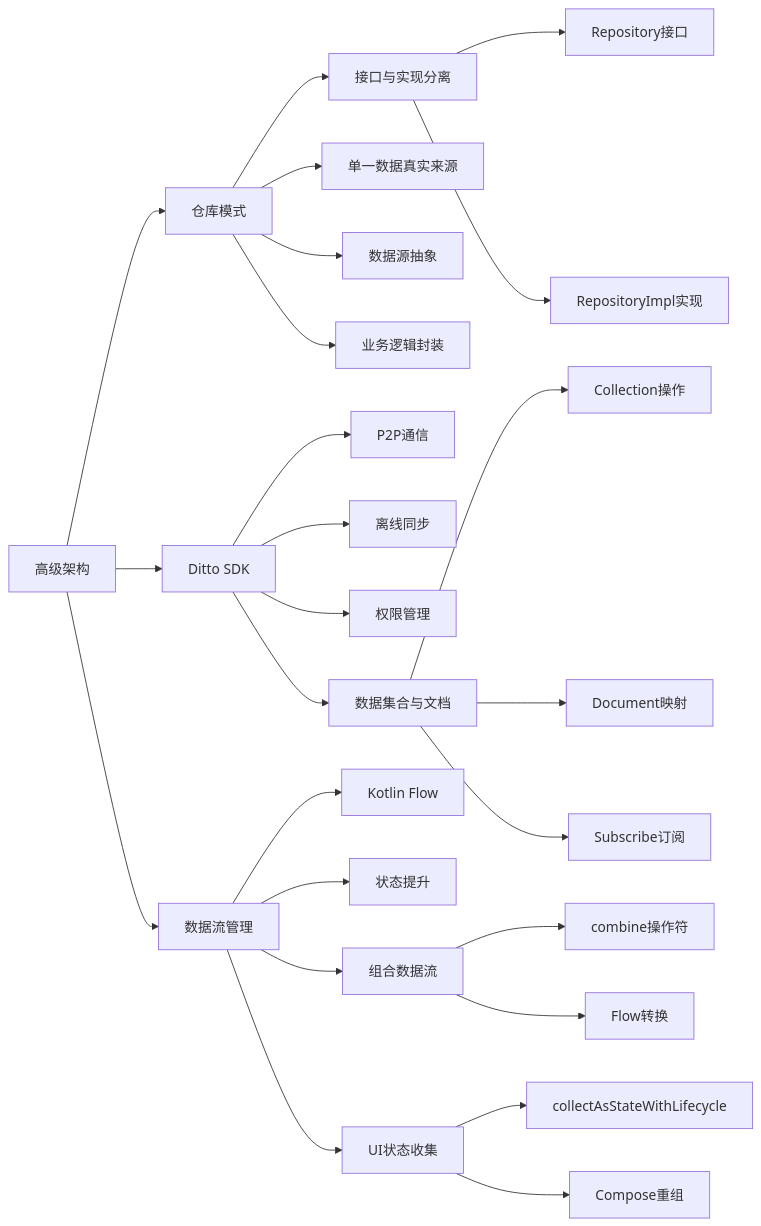
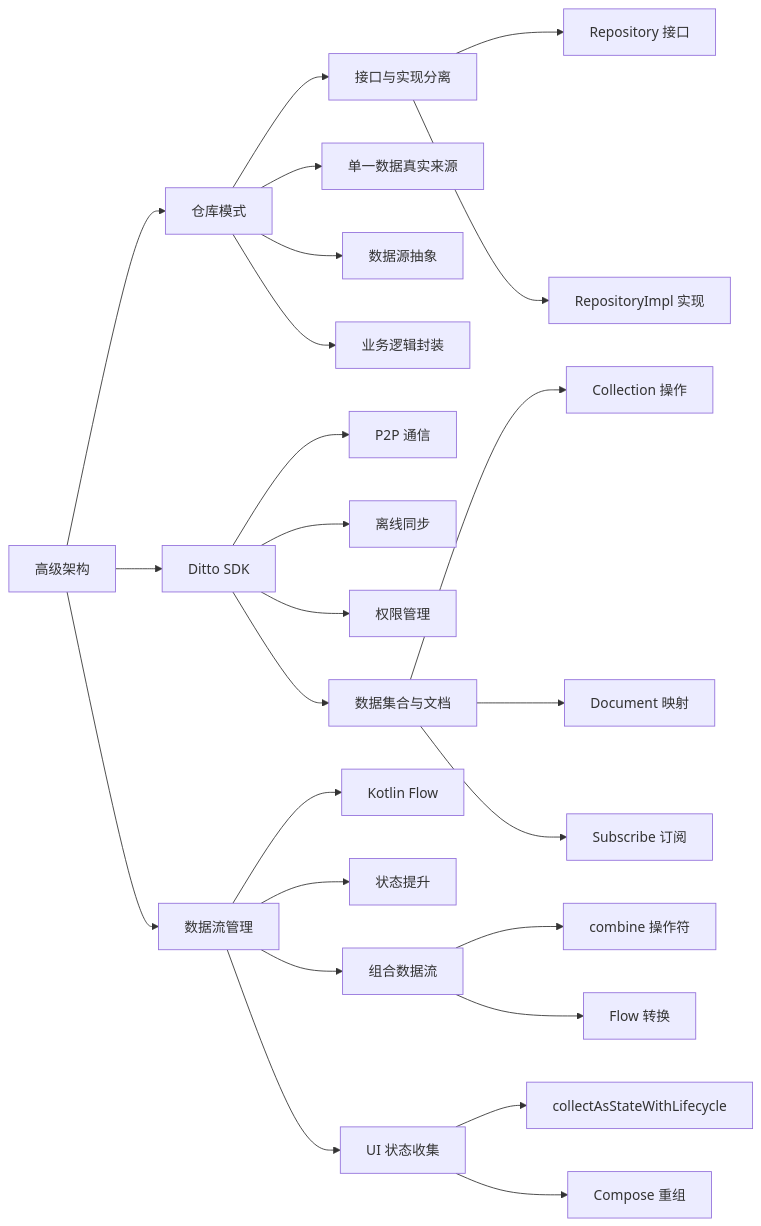
Before and after one commit to hyh19/aaf-materials: the diagram in 07-advanced-architecture/docs/07-advanced-architecture.summary.md, drawn with Mermaid. The commit also changed 1 other file, not shown here.

````diff
--- a/07-advanced-architecture/docs/07-advanced-architecture.summary.md
+++ b/07-advanced-architecture/docs/07-advanced-architecture.summary.md
@@ -85,34 +85,34 @@
 ```mermaid
 flowchart LR
     A["高级架构"] --> B["仓库模式"]
     A --> C["Ditto SDK"]
     A --> D["数据流管理"]
     
     B --> B1["接口与实现分离"]
     B --> B2["单一数据真实来源"]
     B --> B3["数据源抽象"]
     B --> B4["业务逻辑封装"]
     
-    C --> C1["P2P通信"]
+    C --> C1["P2P 通信"]
     C --> C2["离线同步"]
     C --> C3["权限管理"]
     C --> C4["数据集合与文档"]
     
     D --> D1["Kotlin Flow"]
     D --> D2["状态提升"]
     D --> D3["组合数据流"]
-    D --> D4["UI状态收集"]
+    D --> D4["UI 状态收集"]
     
-    B1 --> B11["Repository接口"]
-    B1 --> B12["RepositoryImpl实现"]
+    B1 --> B11["Repository 接口"]
+    B1 --> B12["RepositoryImpl 实现"]
     
-    C4 --> C41["Collection操作"]
-    C4 --> C42["Document映射"]
-    C4 --> C43["Subscribe订阅"]
+    C4 --> C41["Collection 操作"]
+    C4 --> C42["Document 映射"]
+    C4 --> C43["Subscribe 订阅"]
     
-    D3 --> D31["combine操作符"]
-    D3 --> D32["Flow转换"]
+    D3 --> D31["combine 操作符"]
+    D3 --> D32["Flow 转换"]
     
     D4 --> D41["collectAsStateWithLifecycle"]
-    D4 --> D42["Compose重组"]
+    D4 --> D42["Compose 重组"]
 ```
````
